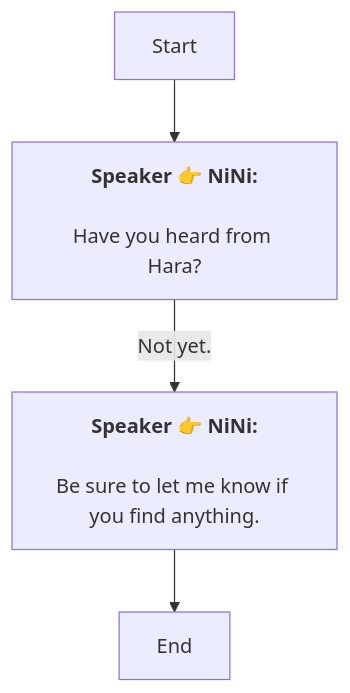
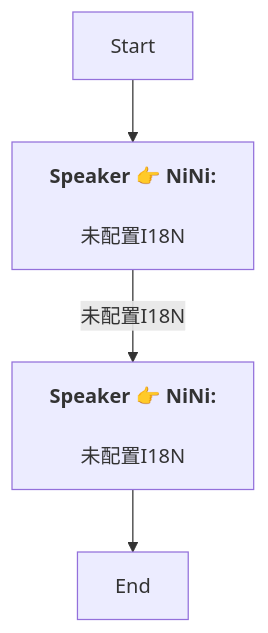
One commit to SoftHu/tos_avg changed the diagram in En/AddDialogNode_1770751067503788.md. Above: the diagram before and after it, drawn with Mermaid. The commit also changed 730 other files, not shown here.

````diff
--- a/En/AddDialogNode_1770751067503788.md
+++ b/En/AddDialogNode_1770751067503788.md
@@ -1,9 +1,9 @@
 ```mermaid
 graph
 Start -->1770751111268578[<b>Speaker 👉 NiNi:</b>
-\nHave you heard from Hara?]
-1770751111268578 -->|Not yet.|1770751111293185[<b>Speaker 👉 NiNi:</b>
-\nBe sure to let me know if you find anything.]
+\n未配置I18N]
+1770751111268578 -->|未配置I18N|1770751111293185[<b>Speaker 👉 NiNi:</b>
+\n未配置I18N]
 1770751111293185 -->1770751111272680[End]
 
 ```
````
